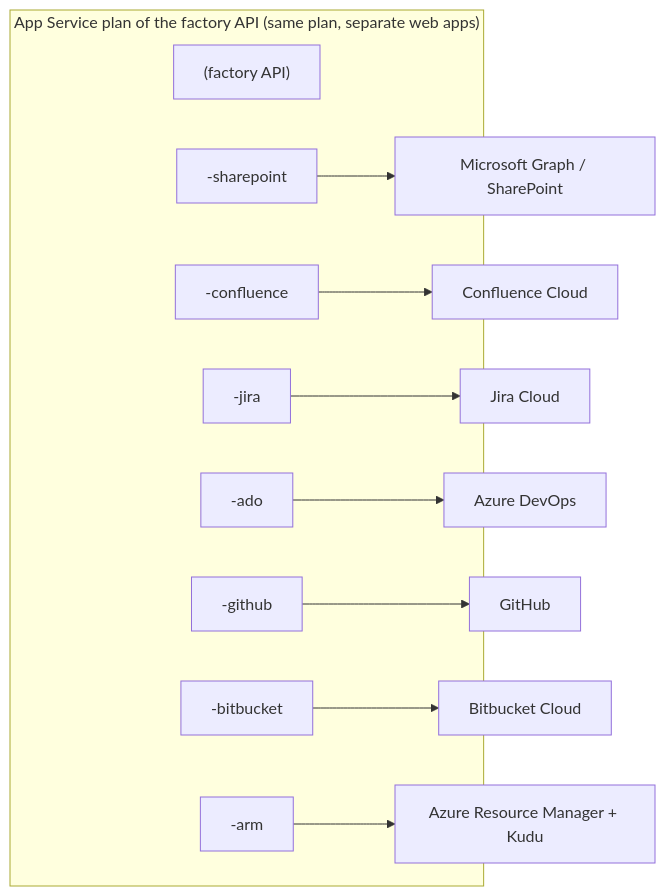
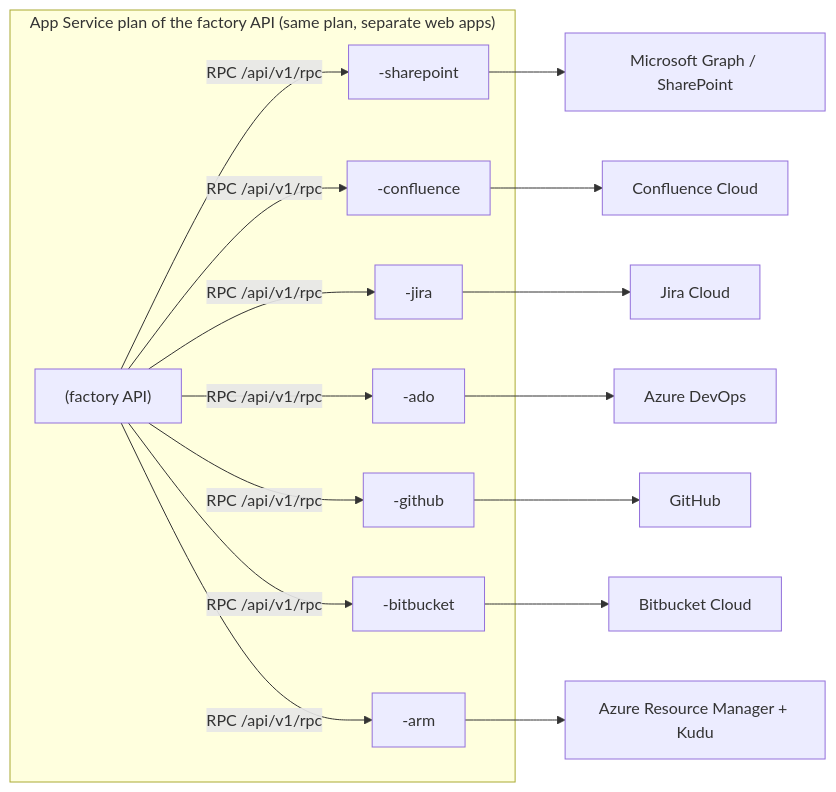
One commit to csdmichael/Foundry-Agentic-Workflow-SDLC-Docs changed the diagram in docs/setup/connectors/README.md. Above: the diagram before and after it, drawn with Mermaid. The commit also changed other lines of this file and 8 other files, not shown here.

````diff
--- a/docs/setup/connectors/README.md
+++ b/docs/setup/connectors/README.md
@@ -50,20 +51,21 @@
 ```mermaid
 flowchart LR
     subgraph Plan["App Service plan of the factory API (same plan, separate web apps)"]
         API["<api-app> (factory API)"]
         SP["<api-app>-sharepoint"]
         CF["<api-app>-confluence"]
         JI["<api-app>-jira"]
         AD["<api-app>-ado"]
         GH["<api-app>-github"]
         BB["<api-app>-bitbucket"]
         ARM["<api-app>-arm"]
     end
+    API -- "RPC /api/v1/rpc" --> SP & CF & JI & AD & GH & BB & ARM
     SP --> Graph[Microsoft Graph / SharePoint]
     CF --> Confluence[Confluence Cloud]
     JI --> Jira[Jira Cloud]
     AD --> ADO[Azure DevOps]
     GH --> GitHub[GitHub]
     BB --> Bitbucket[Bitbucket Cloud]
     ARM --> AzureRM[Azure Resource Manager + Kudu]
 ```
````
